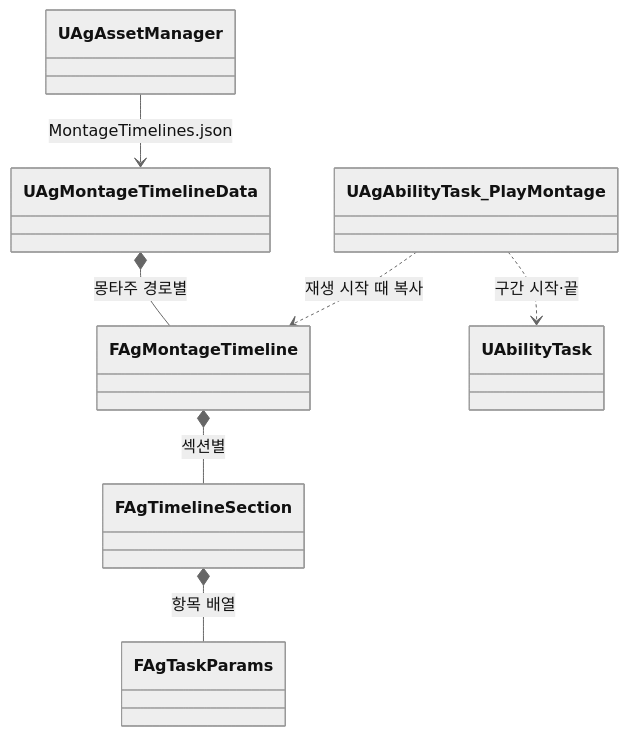
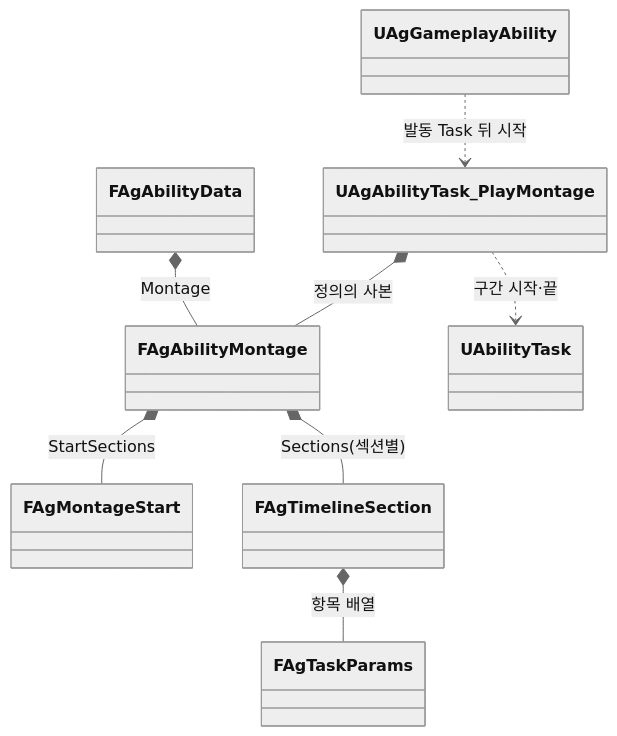
Before and after one commit to Woogl/Ag: the diagram in Docs/Architecture/몽타주 타임라인과 구간 판정.md, drawn with Mermaid (neutral theme). The commit also changed other lines of this file and 11 other files, not shown here.

````diff
--- a/Docs/Architecture/몽타주 타임라인과 구간 판정.md
+++ b/Docs/Architecture/몽타주 타임라인과 구간 판정.md
@@ -50,10 +51,11 @@
 ```mermaid
 classDiagram
     direction TB
-    UAgAssetManager --> UAgMontageTimelineData : MontageTimelines.json
-    UAgMontageTimelineData *-- FAgMontageTimeline : 몽타주 경로별
-    FAgMontageTimeline *-- FAgTimelineSection : 섹션별
+    FAgAbilityData *-- FAgAbilityMontage : Montage
+    FAgAbilityMontage *-- FAgMontageStart : StartSections
+    FAgAbilityMontage *-- FAgTimelineSection : Sections(섹션별)
     FAgTimelineSection *-- FAgTaskParams : 항목 배열
-    UAgAbilityTask_PlayMontage ..> FAgMontageTimeline : 재생 시작 때 복사
+    UAgGameplayAbility ..> UAgAbilityTask_PlayMontage : 발동 Task 뒤 시작
+    UAgAbilityTask_PlayMontage *-- FAgAbilityMontage : 정의의 사본
     UAgAbilityTask_PlayMontage ..> UAbilityTask : 구간 시작·끝
 ```
````
